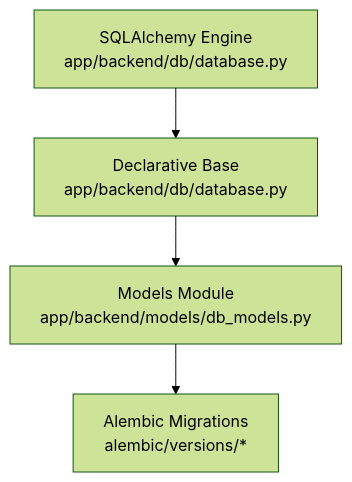
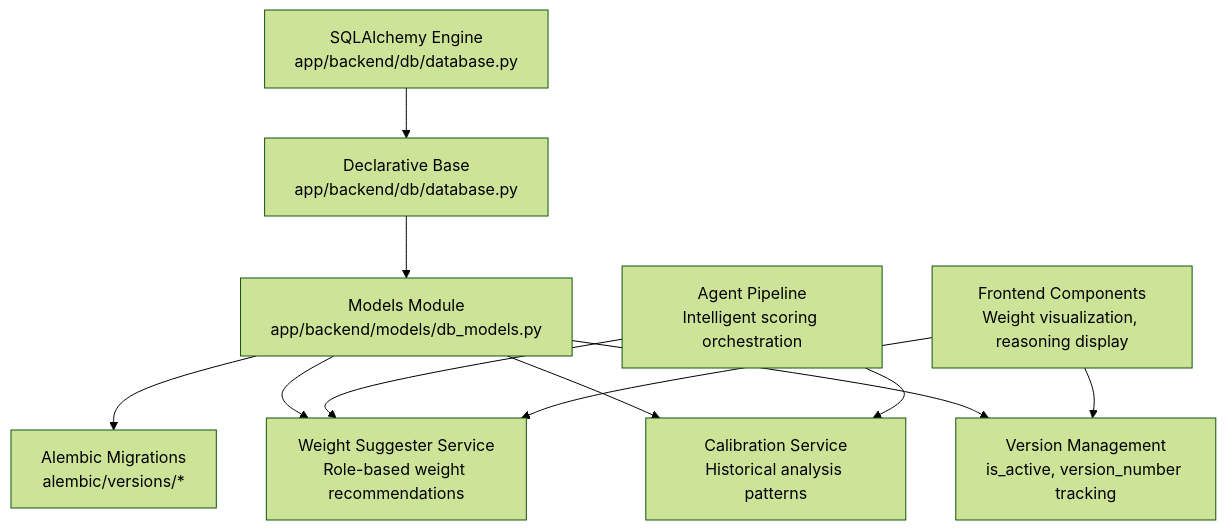
Before and after one commit to Revanththetalogics/aireume: the eighth of 8 diagrams in .qoder/repowiki/en/content/Database Design/Core Models Overview.md, drawn with Mermaid (forest theme). The commit also changed other lines of this file and 20 other files, not shown here.

````diff
--- a/.qoder/repowiki/en/content/Database Design/Core Models Overview.md
+++ b/.qoder/repowiki/en/content/Database Design/Core Models Overview.md
@@ -647,10 +763,22 @@
 ```mermaid
 graph TB
 DB["SQLAlchemy Engine<br/>app/backend/db/database.py"]
 Base["Declarative Base<br/>app/backend/db/database.py"]
 Models["Models Module<br/>app/backend/models/db_models.py"]
 Migs["Alembic Migrations<br/>alembic/versions/*"]
+WeightSuggester["Weight Suggester Service<br/>Role-based weight recommendations"]
+Calibration["Calibration Service<br/>Historical analysis patterns"]
+AgentPipeline["Agent Pipeline<br/>Intelligent scoring orchestration"]
+VersionManager["Version Management<br/>is_active, version_number tracking"]
+Frontend["Frontend Components<br/>Weight visualization, reasoning display"]
 DB --> Base
 Base --> Models
 Models --> Migs
+Models --> WeightSuggester
+Models --> Calibration
+Models --> VersionManager
+AgentPipeline --> WeightSuggester
+AgentPipeline --> Calibration
+Frontend --> VersionManager
+Frontend --> WeightSuggester
 ```
````
